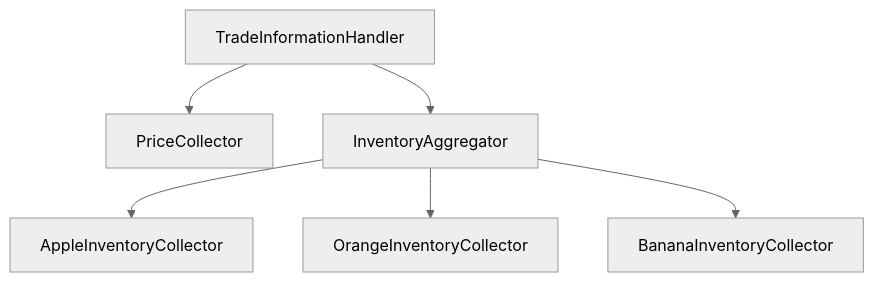
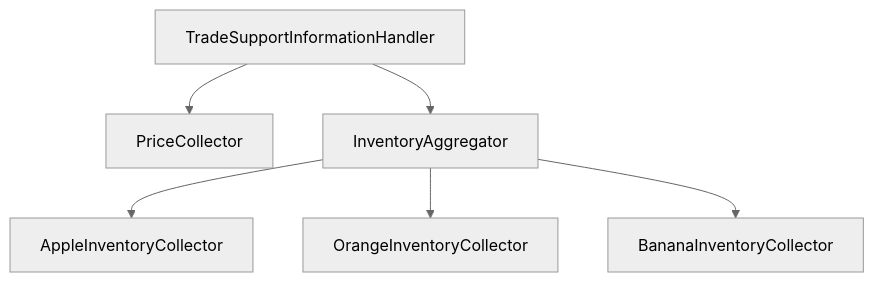
The third of 3 diagrams in README.md (tkhrk1010/fruits-trading-demo), drawn with Mermaid (neutral theme) before and after one commit. The commit also changed other lines of this file and 4 other files, not shown here.

Commit message:
mod: tradeSupportInformation name

````diff
--- a/README.md
+++ b/README.md
@@ -56,8 +56,8 @@
 ```mermaid
 graph TD
-  TradeInformationHandler --> PriceCollector
-  TradeInformationHandler --> InventoryAggregator
+  TradeSupportInformationHandler --> PriceCollector
+  TradeSupportInformationHandler --> InventoryAggregator
   InventoryAggregator --> AppleInventoryCollector
   InventoryAggregator --> OrangeInventoryCollector
   InventoryAggregator --> BananaInventoryCollector
 ```
````
